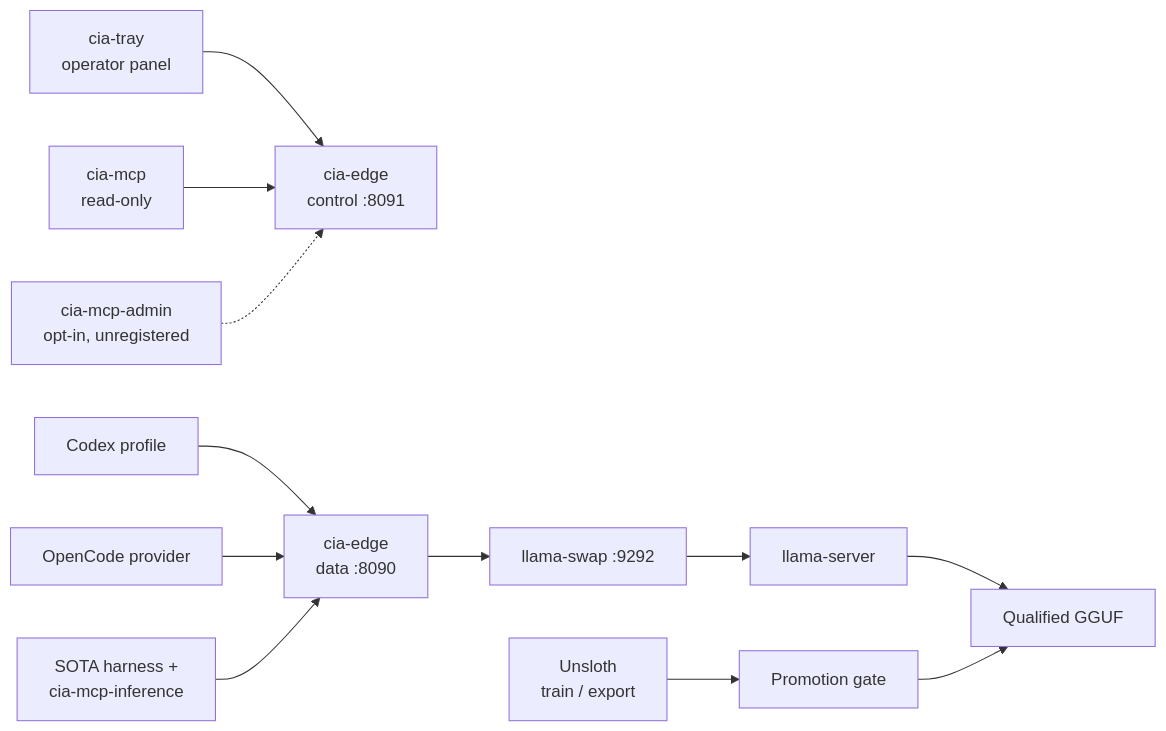
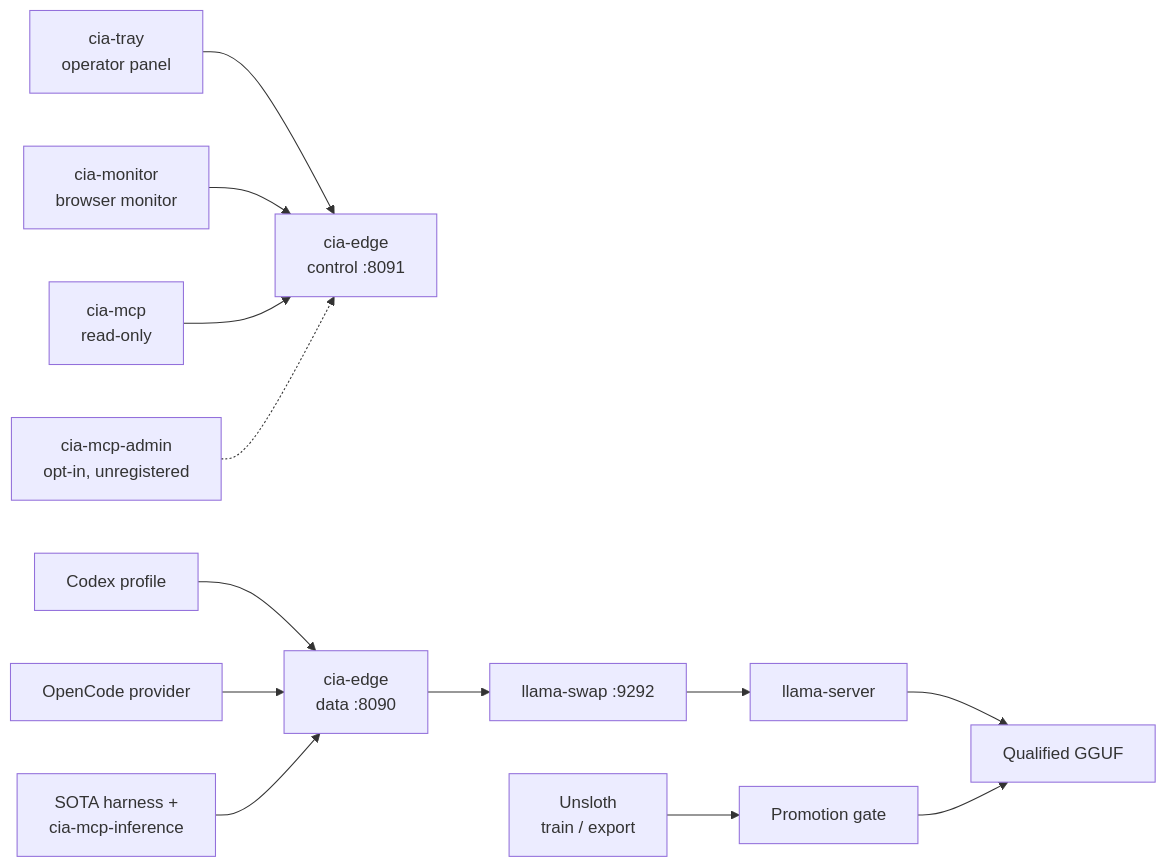
Before and after one commit to Sitr3n01/IA_local_server: the diagram in README.en.md, drawn with Mermaid. The commit also changed other lines of this file and 425 other files, not shown here.

````diff
--- a/README.en.md
+++ b/README.en.md
@@ -46,15 +46,16 @@
 ```mermaid
 flowchart LR
     T["cia-tray<br/>operator panel"] --> P
+    W["cia-monitor<br/>browser monitor"] --> P
     C["Codex profile"] --> E
     O["OpenCode provider"] --> E
     E["cia-edge<br/>data :8090"] --> S
     P["cia-edge<br/>control :8091"]
     S["llama-swap :9292"] --> L["llama-server"]
     L --> G["Qualified GGUF"]
     M["cia-mcp<br/>read-only"] --> P
     D["SOTA harness +<br/>cia-mcp-inference"] --> E
     A["cia-mcp-admin<br/>opt-in, unregistered"] -.-> P
     U["Unsloth<br/>train / export"] --> Q["Promotion gate"]
     Q --> G
 ```
````
